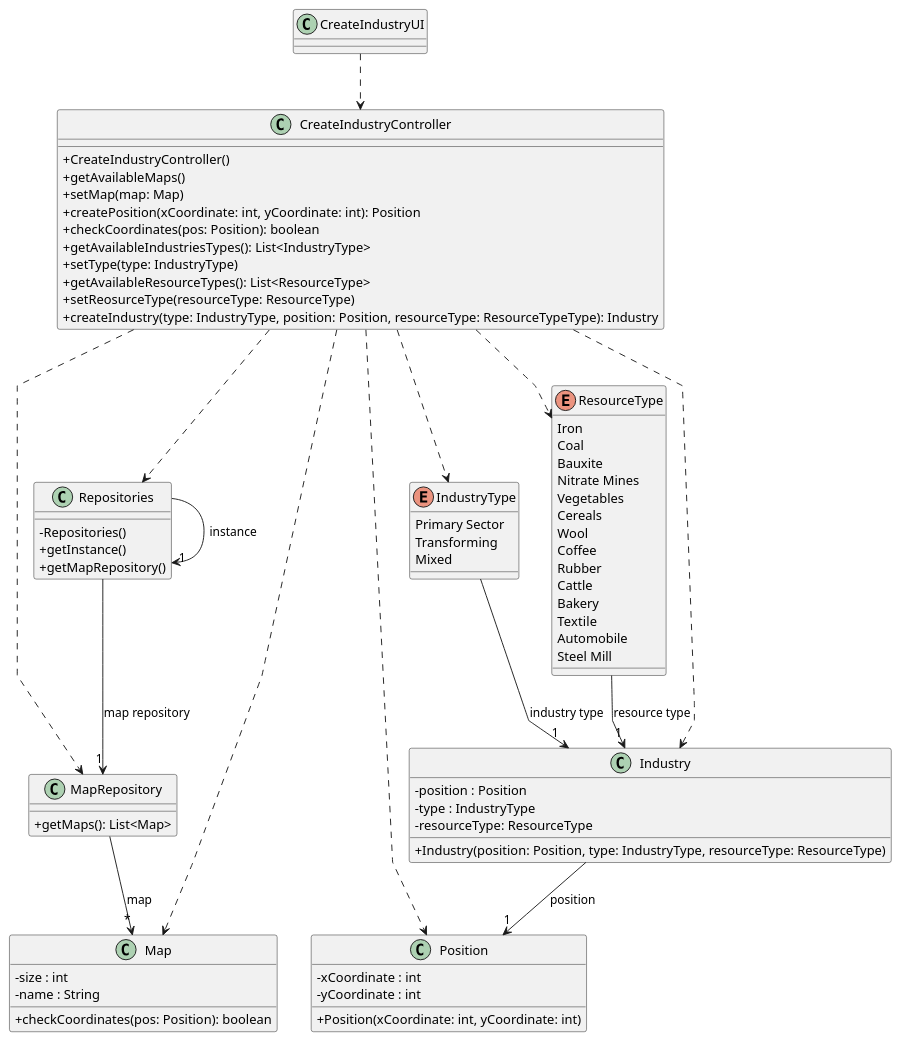
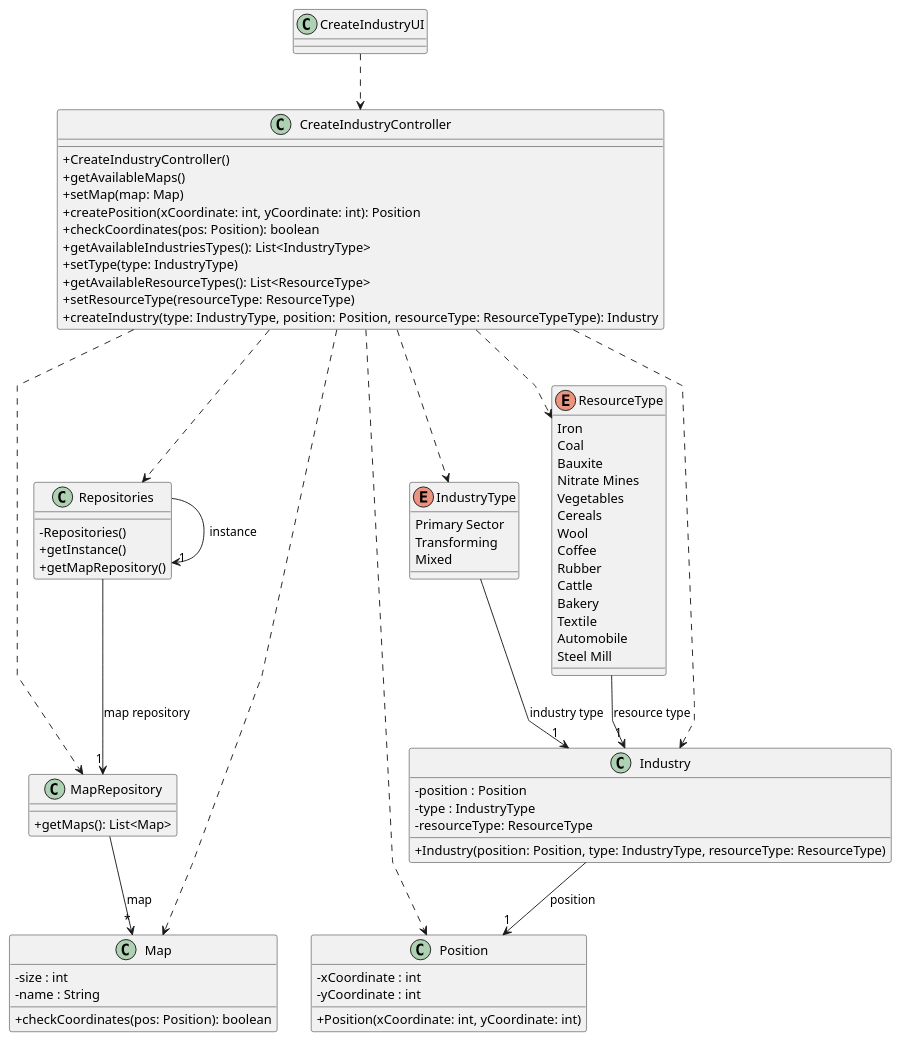
One commit to 1240935/pi2-railway-simulator changed the diagram in Sprint2/US002/03.design/puml/US002-CD.puml. Above: the diagram before and after it, drawn with PlantUML. The commit also changed 3 other files, not shown here.

```diff
--- a/Sprint2/US002/03.design/puml/US002-CD.puml
+++ b/Sprint2/US002/03.design/puml/US002-CD.puml
@@ -1,96 +1,96 @@
 @startuml
 'skinparam monochrome true
 skinparam packageStyle rectangle
 skinparam shadowing false
 skinparam linetype polyline
 'skinparam linetype orto
 
 skinparam classAttributeIconSize 0
 
 'left to right direction
 
   class CreateIndustryUI{
   }
 
   class CreateIndustryController {
     +CreateIndustryController()
     +getAvailableMaps()
     +setMap(map: Map)
     +createPosition(xCoordinate: int, yCoordinate: int): Position
     +checkCoordinates(pos: Position): boolean
     +getAvailableIndustriesTypes(): List<IndustryType>
     +setType(type: IndustryType)
     +getAvailableResourceTypes(): List<ResourceType>
-    +setReosurceType(resourceType: ResourceType)
+    +setResourceType(resourceType: ResourceType)
     +createIndustry(type: IndustryType, position: Position, resourceType: ResourceTypeType): Industry
   }
 
 
   class Repositories {
       - Repositories()
       + getInstance()
       + getMapRepository()
   }
   class MapRepository {
     +getMaps(): List<Map>
   }
 
   class Industry {
     -position : Position
     -type : IndustryType
     -resourceType: ResourceType
     +Industry(position: Position, type: IndustryType, resourceType: ResourceType)
   }
 
   class Map {
     - size : int
     - name : String
     +checkCoordinates(pos: Position): boolean
   }
 
   class Position {
     -xCoordinate : int
     -yCoordinate : int
     +Position(xCoordinate: int, yCoordinate: int)
   }
 
   enum IndustryType{
     Primary Sector
     Transforming
     Mixed
   }
 
   enum ResourceType{
     Iron
     Coal
     Bauxite
     Nitrate Mines
     Vegetables
     Cereals
     Wool
     Coffee
     Rubber
     Cattle
     Bakery
     Textile
     Automobile
     Steel Mill
   }
 
 
 CreateIndustryUI ..> CreateIndustryController
 CreateIndustryController ..>  Repositories
 CreateIndustryController ..>  MapRepository
 CreateIndustryController ..>  Map
 CreateIndustryController ..> Position
 CreateIndustryController ..> IndustryType
 CreateIndustryController ..> ResourceType
 CreateIndustryController ..> Industry
 Repositories --> "1" MapRepository : map repository
 Repositories -> "1" Repositories : instance
 MapRepository --> "*" Map : map
 Industry --> "1" Position : position
 IndustryType --> "1" Industry : industry type
 ResourceType --> "1" Industry : resource type
 
 @enduml
```
